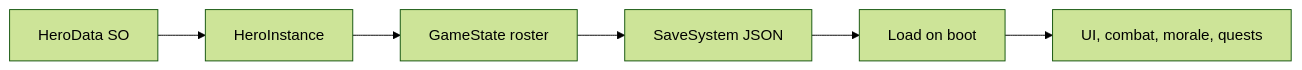
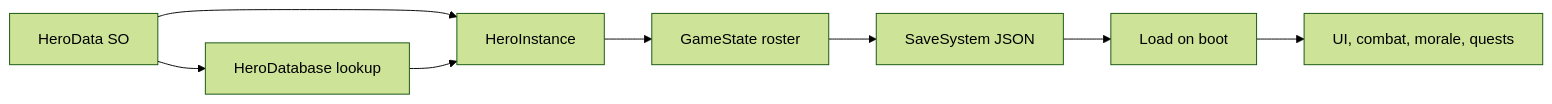
The diagram in Docs/HERO_SYSTEM.md (aymenhayderhtml-pixel/pick-me-up-v3), drawn with Mermaid (forest theme) before and after one commit. The commit also changed other lines of this file and 11 other files, not shown here.

Commit message:
hero database lookup

````diff
--- a/Docs/HERO_SYSTEM.md
+++ b/Docs/HERO_SYSTEM.md
@@ -21,8 +23,10 @@
 ```mermaid
 flowchart LR
     A[HeroData SO] --> B[HeroInstance]
+    A --> G[HeroDatabase lookup]
+    G --> B
     B --> C[GameState roster]
     C --> D[SaveSystem JSON]
     D --> E[Load on boot]
     E --> F[UI, combat, morale, quests]
 ```
````
